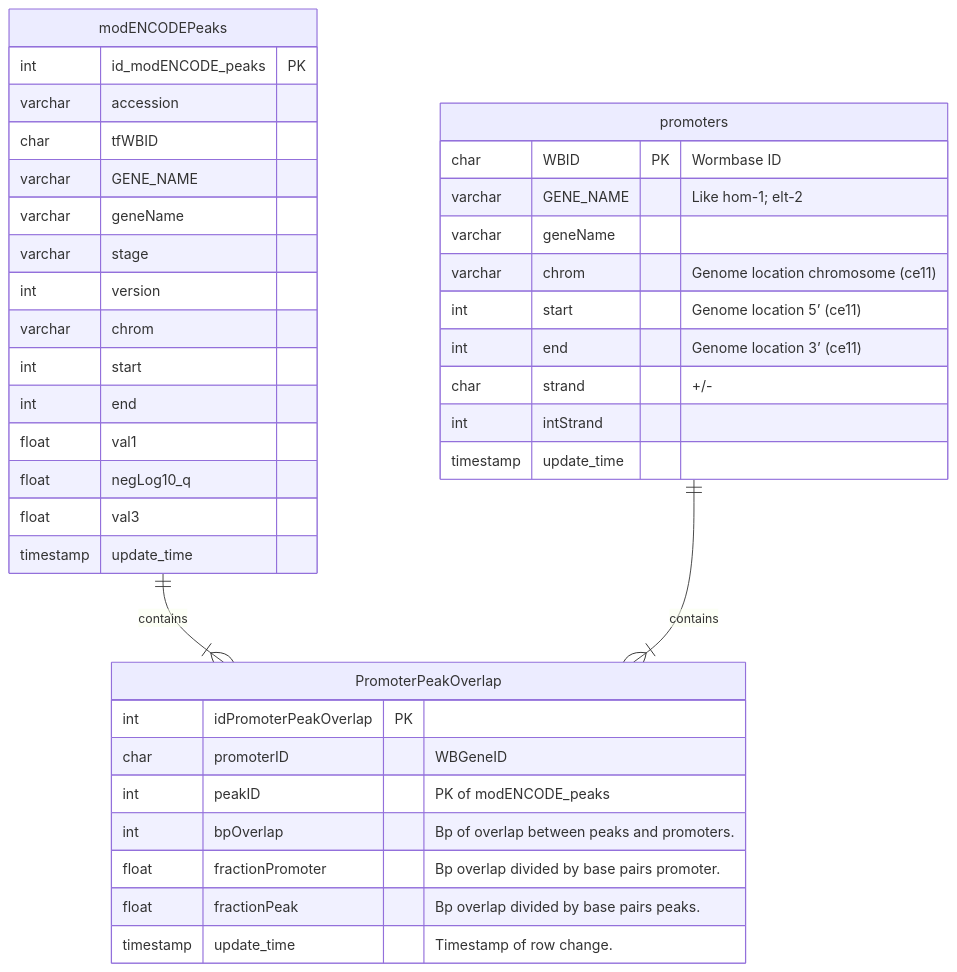
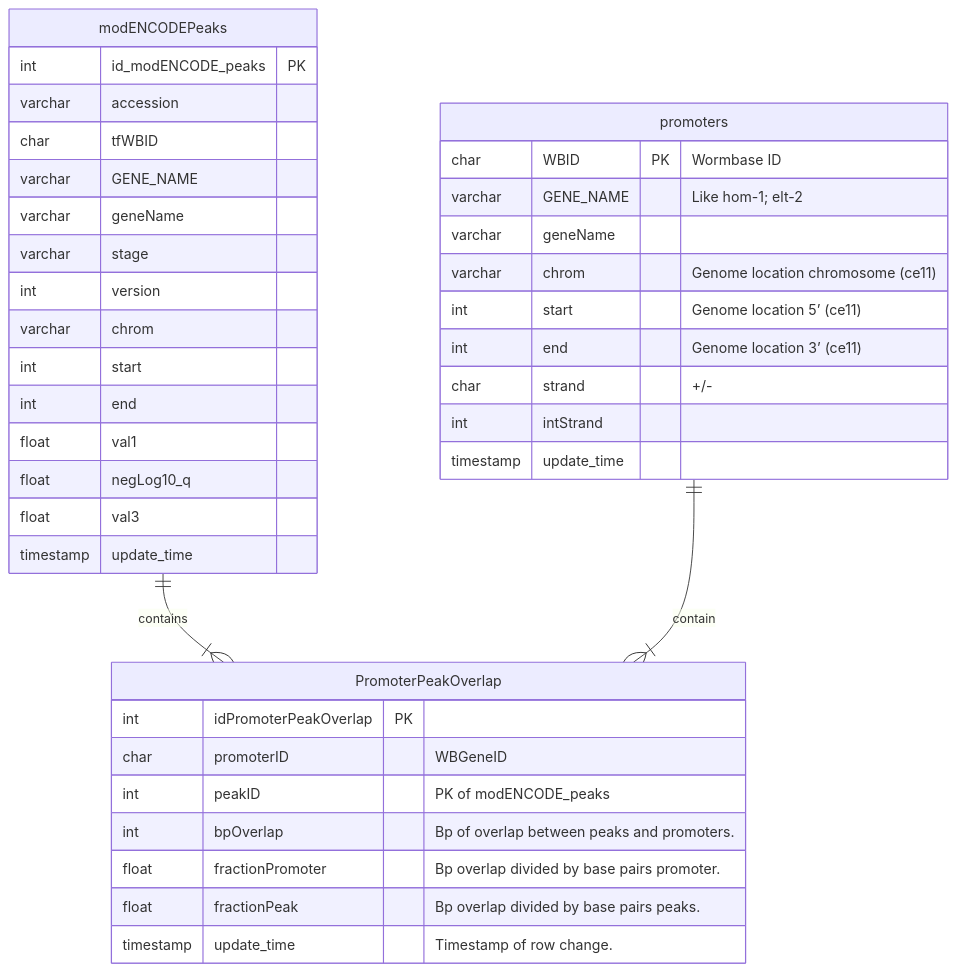
Before and after one commit to meekrob/OnishRDB: the first of 6 diagrams in README.md, drawn with Mermaid.

````diff
--- a/README.md
+++ b/README.md
@@ -92,46 +92,46 @@
 ```mermaid
 erDiagram
 
 
 
 modENCODEPeaks ||--|{ PromoterPeakOverlap : contains
 modENCODEPeaks {
 int id_modENCODE_peaks PK
 varchar accession 
 char tfWBID 
 varchar GENE_NAME 
 varchar geneName 
 varchar stage 
 int version 
 varchar chrom 
 int start 
 int end 
 float val1 
 float negLog10_q 
 float val3 
 timestamp update_time 
 }
 
 PromoterPeakOverlap {
 int idPromoterPeakOverlap PK ""
 char promoterID  "WBGeneID"
 int peakID  "PK of modENCODE_peaks"
 int bpOverlap  "Bp of overlap between peaks and promoters."
 float fractionPromoter  "Bp overlap divided by base pairs promoter."
 float fractionPeak  "Bp overlap divided by base pairs peaks."
 timestamp update_time  "Timestamp of row change."
 }
 
-promoters ||--|{ PromoterPeakOverlap : contains
+promoters ||--|{ PromoterPeakOverlap : contain
 promoters {
 char WBID PK "Wormbase ID"
 varchar GENE_NAME  "Like hom-1; elt-2"
 varchar geneName  ""
 varchar chrom  "Genome location chromosome (ce11)"
 int start  "Genome location 5’  (ce11)"
 int end  "Genome location 3’ (ce11)"
 char strand  "+/-"
 int intStrand  ""
 timestamp update_time  ""
 }
 ```
````
